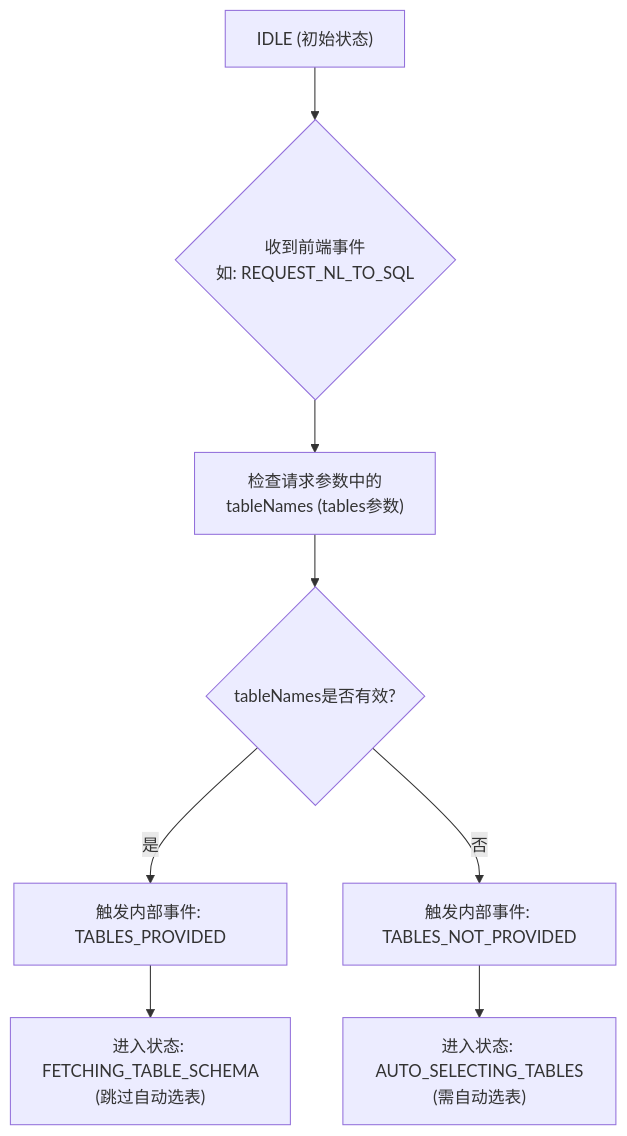
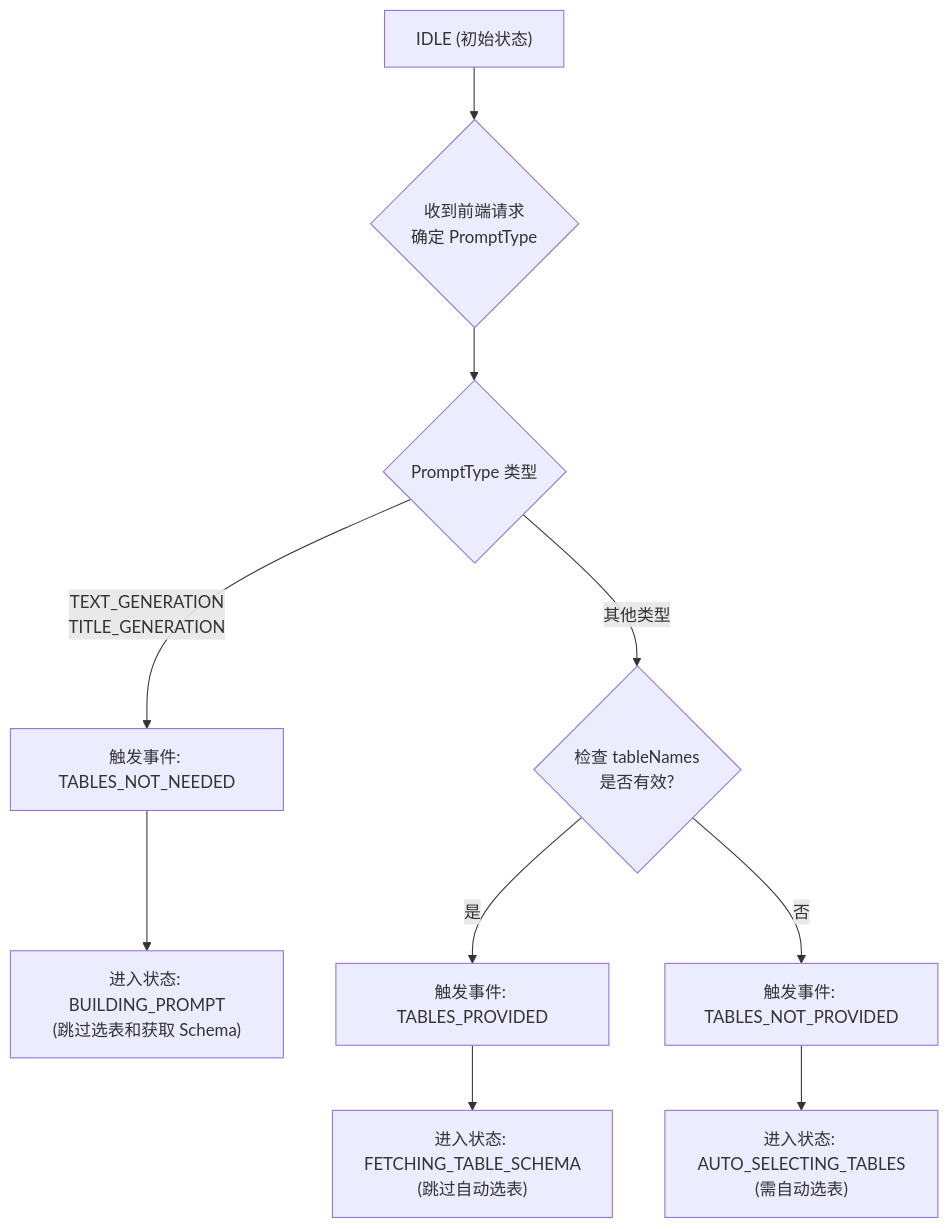
The first of 3 diagrams in docs/StateMachine.md (hejianjun/Chat2DB), drawn with Mermaid before and after one commit. The commit also changed other lines of this file and 5 other files, not shown here.

````diff
--- a/docs/StateMachine.md
+++ b/docs/StateMachine.md
@@ -48,10 +49,12 @@
 ```mermaid
 flowchart TD
-A["IDLE (初始状态)"] --> B{"收到前端事件<br/>如: REQUEST_NL_TO_SQL"}
-B --> C["检查请求参数中的<br/>tableNames (tables参数)"]
-C --> D{"tableNames是否有效?"}
-D -- 是 --> E["触发内部事件: TABLES_PROVIDED"]
-E --> F["进入状态: FETCHING_TABLE_SCHEMA<br/>(跳过自动选表)"]
-D -- 否 --> G["触发内部事件: TABLES_NOT_PROVIDED"]
-G --> H["进入状态: AUTO_SELECTING_TABLES<br/>(需自动选表)"]
+    A["IDLE (初始状态)"] --> B{"收到前端请求<br/>确定 PromptType"}
+    B --> C{"PromptType 类型"}
+    C -- "TEXT_GENERATION<br/>TITLE_GENERATION" --> E["触发事件: TABLES_NOT_NEEDED"]
+    E --> F["进入状态: BUILDING_PROMPT<br/>(跳过选表和获取 Schema)"]
+    C -- "其他类型" --> G{"检查 tableNames<br/>是否有效?"}
+    G -- 是 --> H["触发事件: TABLES_PROVIDED"]
+    H --> I["进入状态: FETCHING_TABLE_SCHEMA<br/>(跳过自动选表)"]
+    G -- 否 --> J["触发事件: TABLES_NOT_PROVIDED"]
+    J --> K["进入状态: AUTO_SELECTING_TABLES<br/>(需自动选表)"]
 ```
````
